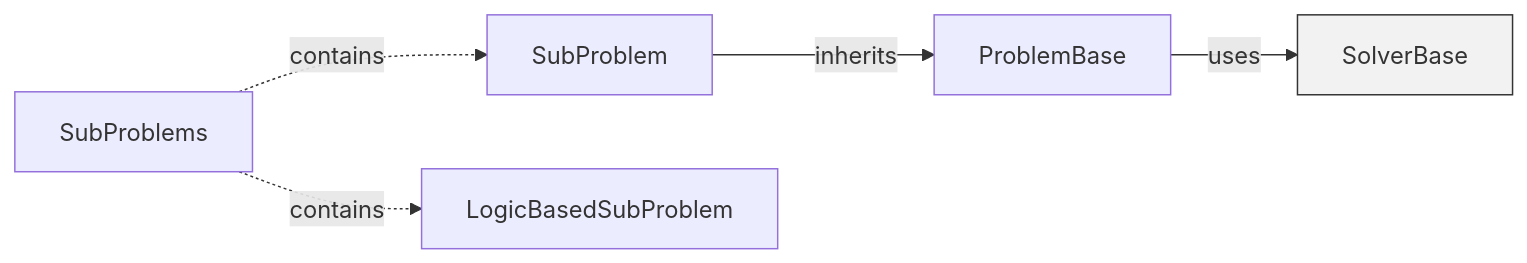
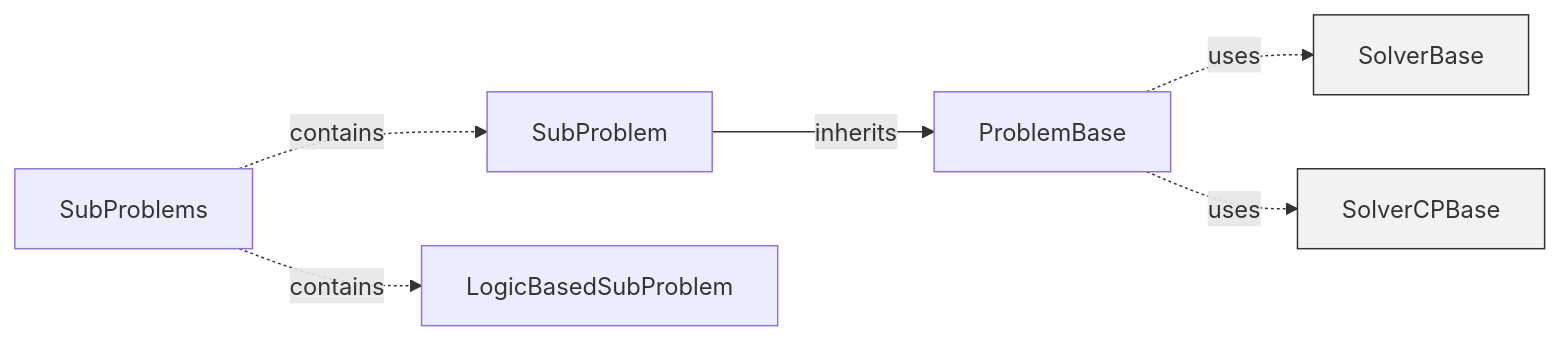
Before and after one commit to sharabhshukla/BendersLib: the diagram in docs/source/manual/sub.rst, drawn with Mermaid. The commit also changed other lines of this file and 7 other files, not shown here.

```diff
--- a/docs/source/manual/sub.rst
+++ b/docs/source/manual/sub.rst
@@ -308,11 +462,13 @@
 .. mermaid::
     :caption: Subproblem Inheritance Diagram
     :align: center
 
     flowchart LR
         SubProblem -- inherits --> ProblemBase
-        ProblemBase -- uses --> SolverBase
+        ProblemBase -. uses .-> SolverBase
+        ProblemBase -. uses .-> SolverCPBase
         SubProblems -. contains .-> SubProblem
         SubProblems -. contains .-> LogicBasedSubProblem
 
     style SolverBase fill:#f2f2f2,stroke:#333,stroke-width:1px
+    style SolverCPBase fill:#f2f2f2,stroke:#333,stroke-width:1px
```
